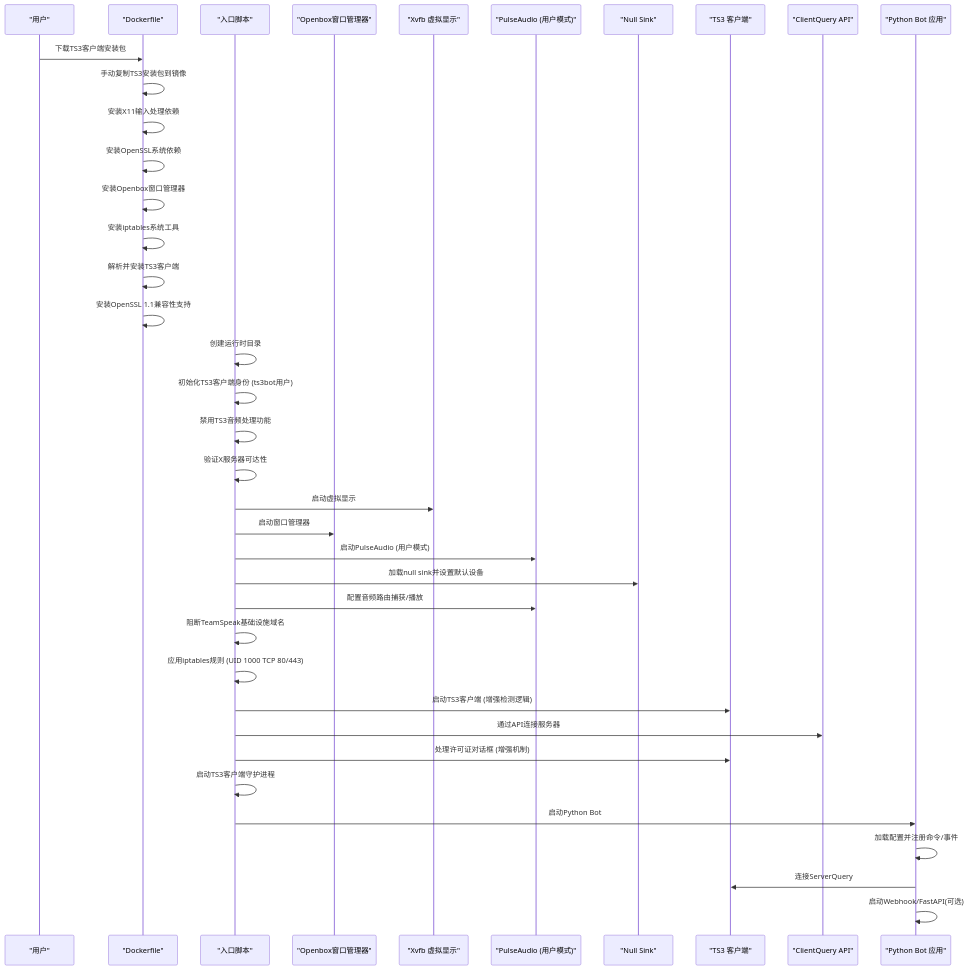
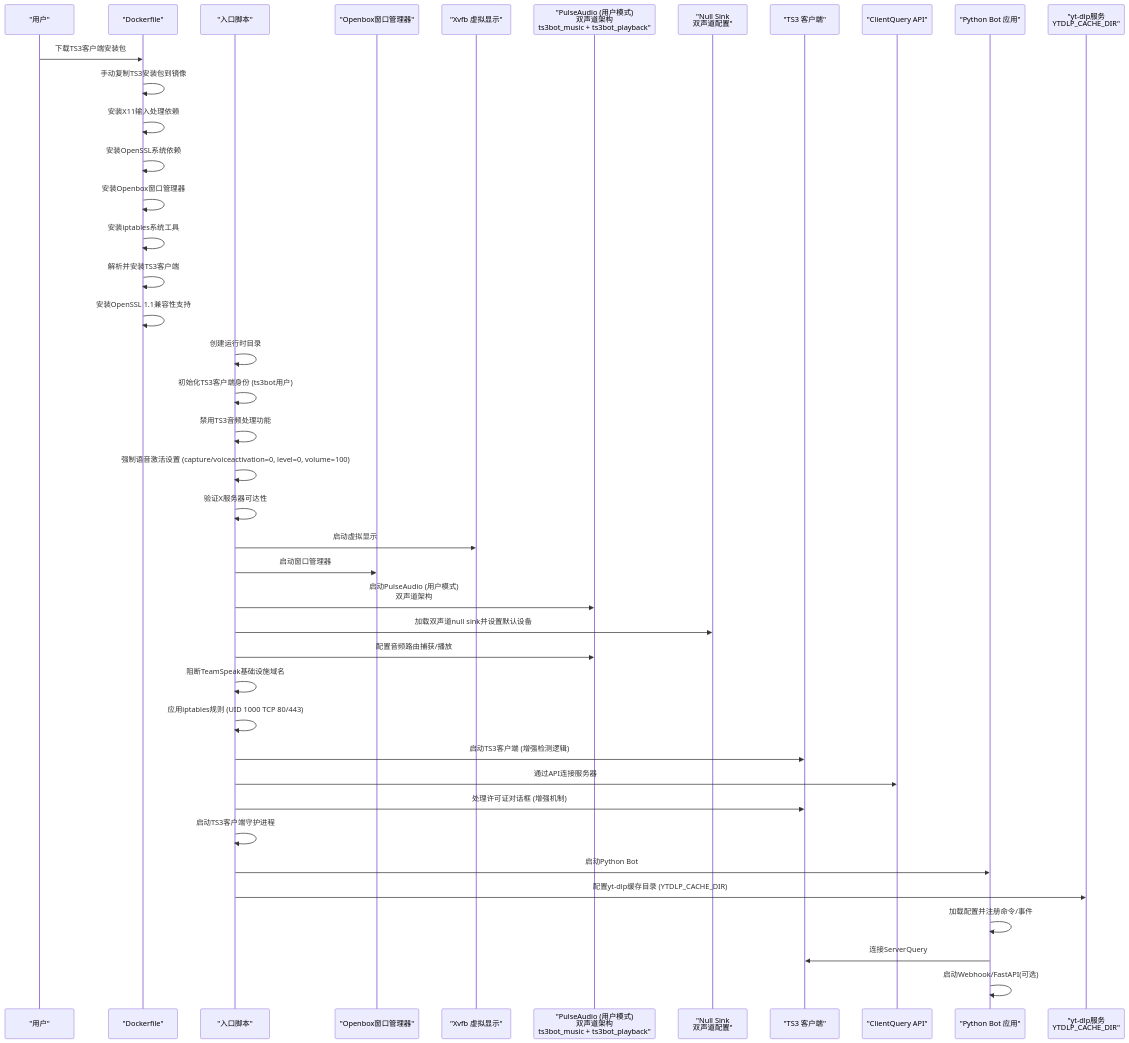
The second of 3 diagrams in .qoder/repowiki/zh/content/部署和运维/Docker容器化部署.md (GhoulOwl/Teamspeak3_Bot), drawn with Mermaid before and after one commit. The commit also changed other lines of this file and 7 other files, not shown here.

````diff
--- a/.qoder/repowiki/zh/content/部署和运维/Docker容器化部署.md
+++ b/.qoder/repowiki/zh/content/部署和运维/Docker容器化部署.md
@@ -153,40 +155,43 @@
 ```mermaid
 sequenceDiagram
 participant User as "用户"
 participant Dockerfile as "Dockerfile"
 participant Entrypoint as "入口脚本"
 participant Openbox as "Openbox窗口管理器"
 participant Xvfb as "Xvfb 虚拟显示"
-participant Pulse as "PulseAudio (用户模式)"
-participant NullSink as "Null Sink"
+participant Pulse as "PulseAudio (用户模式)<br/>双声道架构<br/>ts3bot_music + ts3bot_playback"
+participant NullSink as "Null Sink<br/>双声道配置"
 participant TS3 as "TS3 客户端"
 participant ClientQuery as "ClientQuery API"
 participant Bot as "Python Bot 应用"
+participant YTDLP as "yt-dlp服务<br/>YTDLP_CACHE_DIR"
 User->>Dockerfile : 下载TS3客户端安装包
 Dockerfile->>Dockerfile : 手动复制TS3安装包到镜像
 Dockerfile->>Dockerfile : 安装X11输入处理依赖
 Dockerfile->>Dockerfile : 安装OpenSSL系统依赖
 Dockerfile->>Dockerfile : 安装Openbox窗口管理器
 Dockerfile->>Dockerfile : 安装iptables系统工具
 Dockerfile->>Dockerfile : 解析并安装TS3客户端
 Dockerfile->>Dockerfile : 安装OpenSSL 1.1兼容性支持
 Entrypoint->>Entrypoint : 创建运行时目录
 Entrypoint->>Entrypoint : 初始化TS3客户端身份 (ts3bot用户)
 Entrypoint->>Entrypoint : 禁用TS3音频处理功能
+Entrypoint->>Entrypoint : 强制语音激活设置 (capture/voiceactivation=0, level=0, volume=100)
 Entrypoint->>Entrypoint : 验证X服务器可达性
 Entrypoint->>Xvfb : 启动虚拟显示
 Entrypoint->>Openbox : 启动窗口管理器
-Entrypoint->>Pulse : 启动PulseAudio (用户模式)
-Entrypoint->>NullSink : 加载null sink并设置默认设备
+Entrypoint->>Pulse : 启动PulseAudio (用户模式)<br/>双声道架构
+Entrypoint->>NullSink : 加载双声道null sink并设置默认设备
 Entrypoint->>Pulse : 配置音频路由捕获/播放
 Entrypoint->>Entrypoint : 阻断TeamSpeak基础设施域名
 Entrypoint->>Entrypoint : 应用iptables规则 (UID 1000 TCP 80/443)
 Entrypoint->>TS3 : 启动TS3客户端 (增强检测逻辑)
 Entrypoint->>ClientQuery : 通过API连接服务器
 Entrypoint->>TS3 : 处理许可证对话框 (增强机制)
 Entrypoint->>Entrypoint : 启动TS3客户端守护进程
 Entrypoint->>Bot : 启动Python Bot
+Entrypoint->>YTDLP : 配置yt-dlp缓存目录 (YTDLP_CACHE_DIR)
 Bot->>Bot : 加载配置并注册命令/事件
 Bot->>TS3 : 连接ServerQuery
 Bot->>Bot : 启动Webhook/FastAPI(可选)
 ```
````
